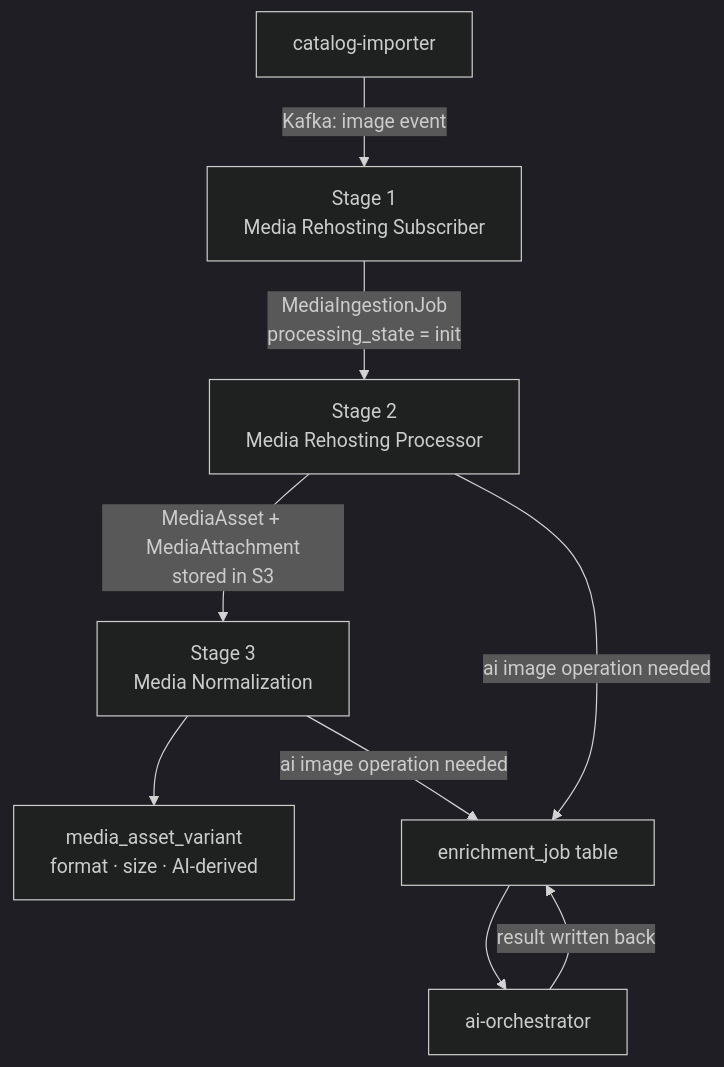
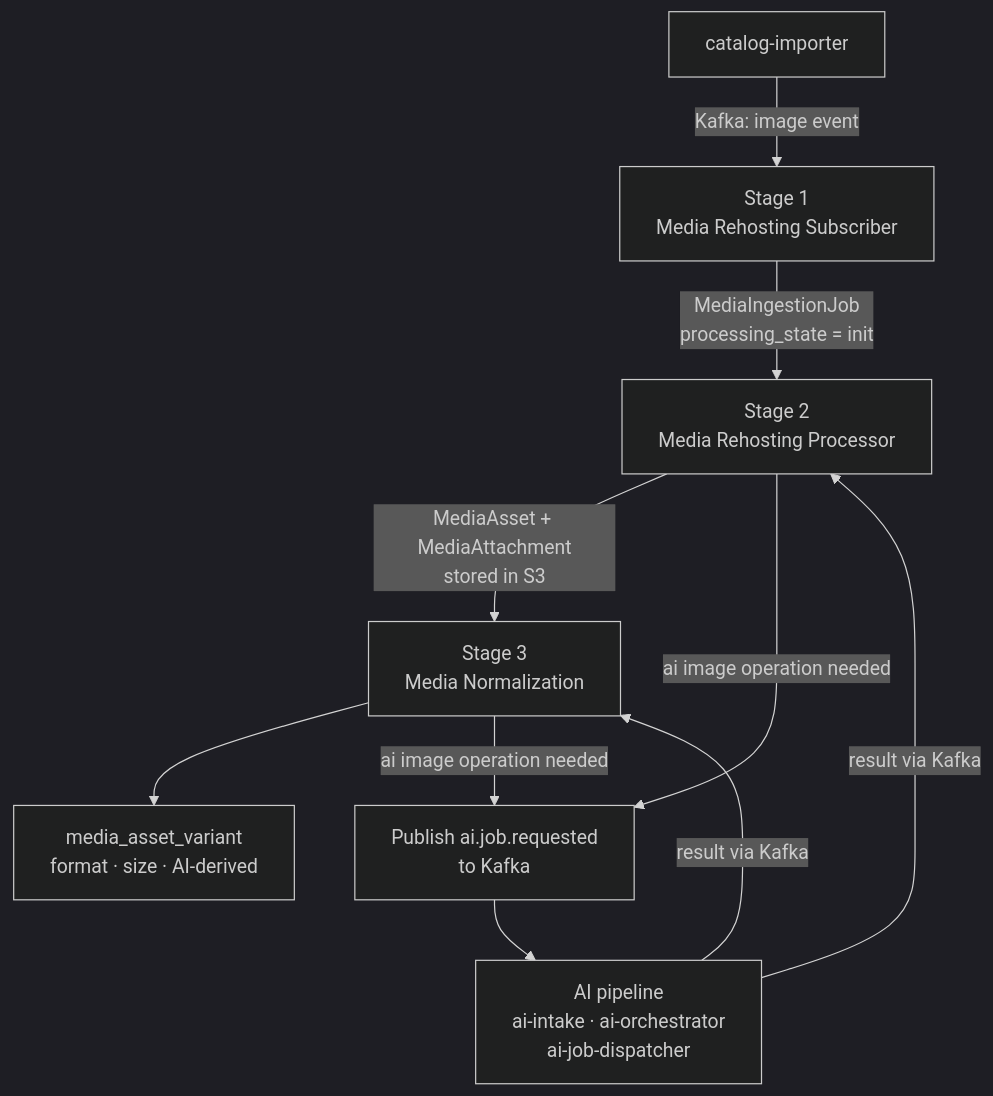
The first of 2 diagrams in monstrino-docs/docs/pipelines/data-ingestion/media-ingest/overview.md (MafiaCoconut/Monstrino), drawn with Mermaid (dark theme) before and after one commit. The commit also changed 34 other files, not shown here.

````diff
--- a/monstrino-docs/docs/pipelines/data-ingestion/media-ingest/overview.md
+++ b/monstrino-docs/docs/pipelines/data-ingestion/media-ingest/overview.md
@@ -31,12 +31,13 @@
 ```mermaid
 flowchart TD
     A[catalog-importer] -->|Kafka: image event| B[Stage 1<br/>Media Rehosting Subscriber]
     B -->|MediaIngestionJob<br/>processing_state = init| C[Stage 2<br/>Media Rehosting Processor]
     C -->|MediaAsset + MediaAttachment<br/>stored in S3| D[Stage 3<br/>Media Normalization]
     D --> E[media_asset_variant<br/>format · size · AI-derived]
 
-    C -->|ai image operation needed| F[enrichment_job table]
+    C -->|ai image operation needed| F[Publish ai.job.requested<br/>to Kafka]
     D -->|ai image operation needed| F
-    F --> G[ai-orchestrator]
-    G -->|result written back| F
+    F --> G[AI pipeline<br/>ai-intake · ai-orchestrator<br/>ai-job-dispatcher]
+    G -->|result via Kafka| C
+    G -->|result via Kafka| D
 ```
````
